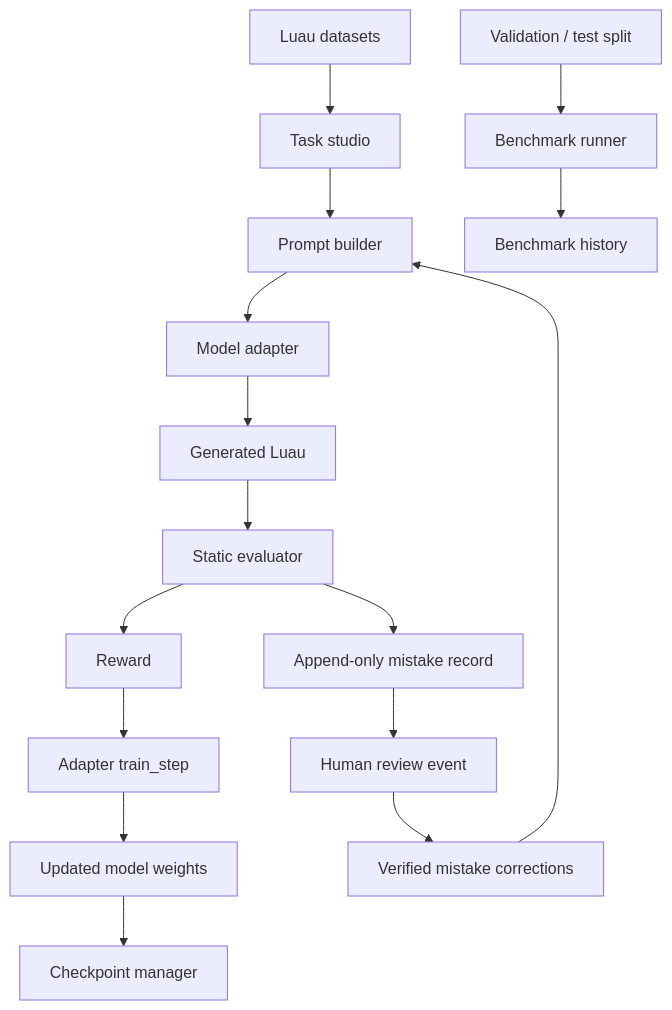
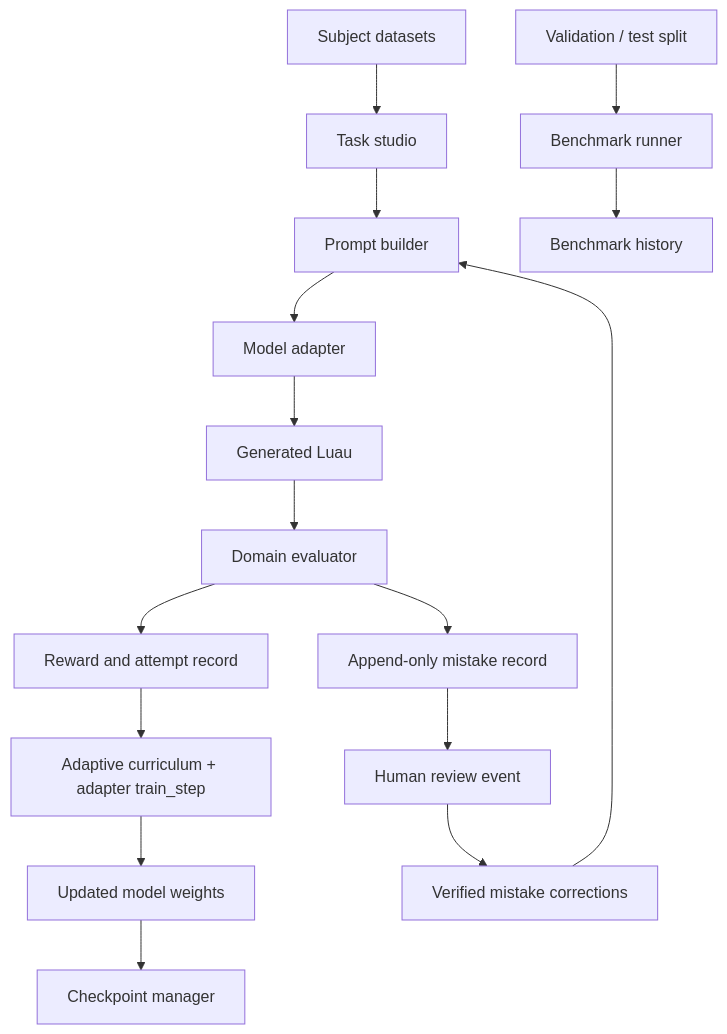
Before and after one commit to likith375/likith: the diagram in NeuralForge-RL-Lab/docs/architecture.md, drawn with Mermaid. The commit also changed other lines of this file, not shown here.

Commit message:
Update architecture for generic data, LoRA and curriculum

````diff
--- a/NeuralForge-RL-Lab/docs/architecture.md
+++ b/NeuralForge-RL-Lab/docs/architecture.md
@@ -13,18 +13,18 @@
 ```mermaid
 flowchart TD
-  A[Luau datasets] --> B[Task studio]
+  A[Subject datasets] --> B[Task studio]
   B --> C[Prompt builder]
   D[Verified mistake corrections] --> C
   C --> E[Model adapter]
   E --> F[Generated Luau]
-  F --> G[Static evaluator]
-  G --> H[Reward]
+  F --> G[Domain evaluator]
+  G --> H[Reward and attempt record]
   G --> I[Append-only mistake record]
   I --> J[Human review event]
   J --> D
-  H --> K[Adapter train_step]
+  H --> K[Adaptive curriculum + adapter train_step]
   K --> L[Updated model weights]
   L --> M[Checkpoint manager]
   N[Validation / test split] --> O[Benchmark runner]
   O --> P[Benchmark history]
 ```
````
